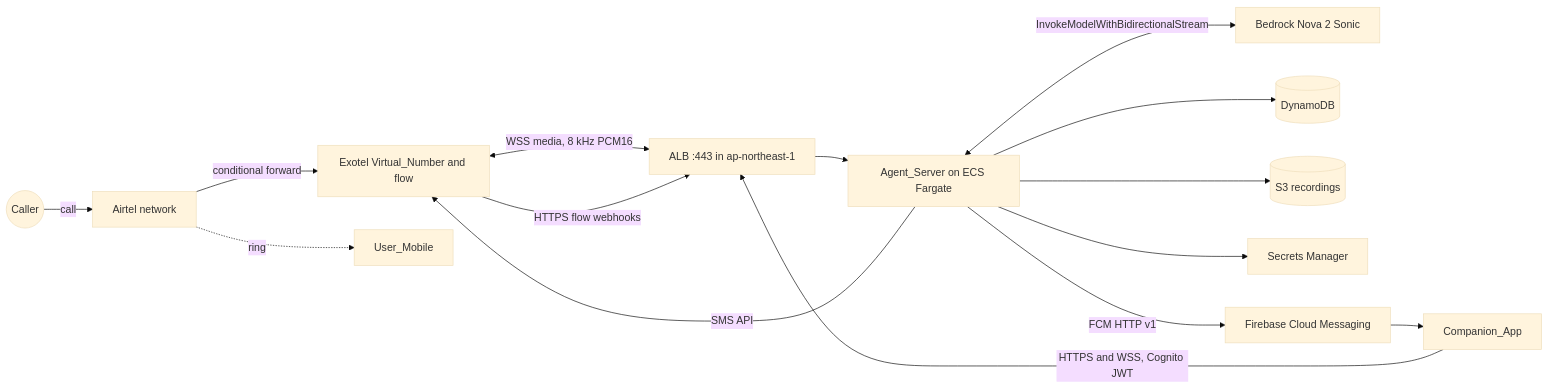
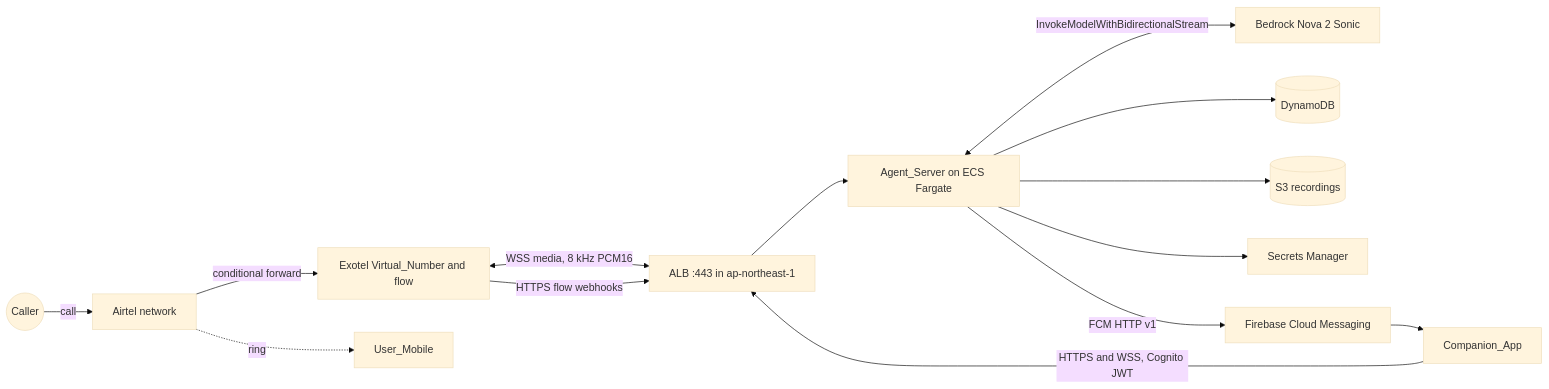
The first of 7 diagrams in .kiro/specs/cloud-call-agent/design.md (ankurldots/Call-Answer), drawn with Mermaid (base theme) before and after one commit. The commit also changed other lines of this file and 2 other files, not shown here.

Commit message:
cloud-call-agent spec: SMS is sent from the user's device only; no server/Exotel SMS or DLT

````diff
--- a/.kiro/specs/cloud-call-agent/design.md
+++ b/.kiro/specs/cloud-call-agent/design.md
@@ -35,17 +35,16 @@
 ```mermaid
 flowchart LR
     Caller((Caller)) -->|call| Carrier[Airtel network]
     Carrier -->|conditional forward| Exo[Exotel Virtual_Number and flow]
     Exo <-->|"WSS media, 8 kHz PCM16"| ALB[ALB :443 in ap-northeast-1]
     Exo -->|HTTPS flow webhooks| ALB
     ALB --> Srv[Agent_Server on ECS Fargate]
     Srv <-->|"InvokeModelWithBidirectionalStream"| Sonic[Bedrock Nova 2 Sonic]
     Srv --> DDB[(DynamoDB)]
     Srv --> S3[(S3 recordings)]
     Srv --> SM[Secrets Manager]
-    Srv -->|SMS API| Exo
     Srv -->|FCM HTTP v1| FCM[Firebase Cloud Messaging]
     FCM --> App[Companion_App]
     App -->|"HTTPS and WSS, Cognito JWT"| ALB
     Carrier -.->|ring| Mobile[User_Mobile]
 ```
````
